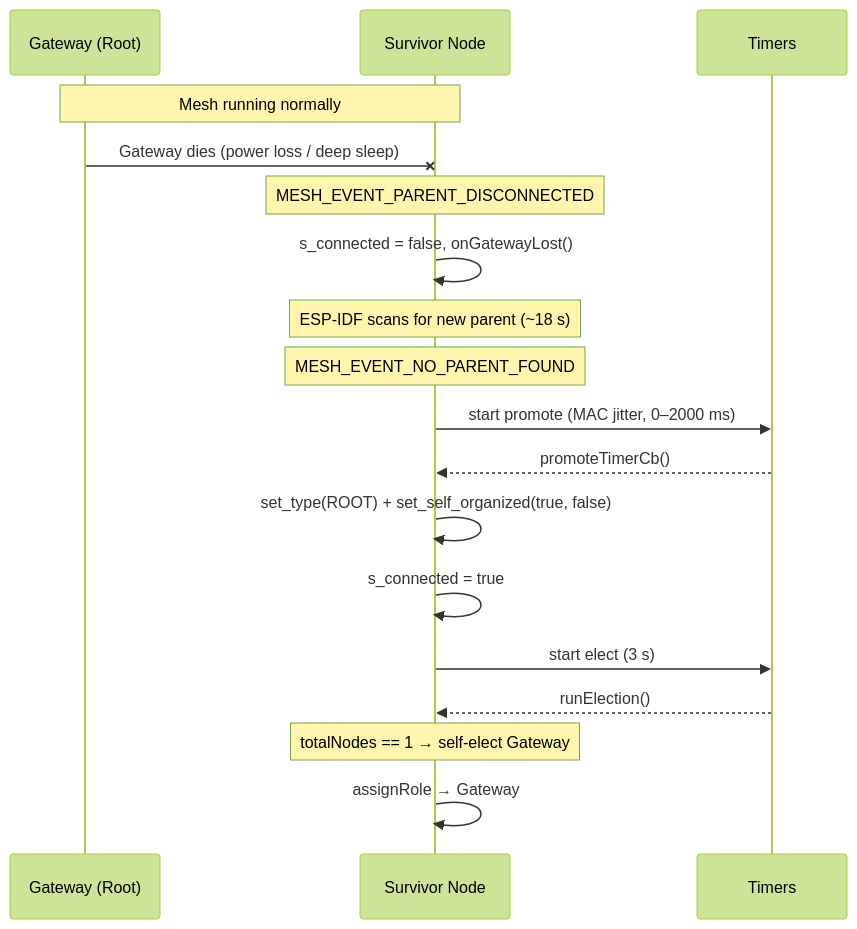
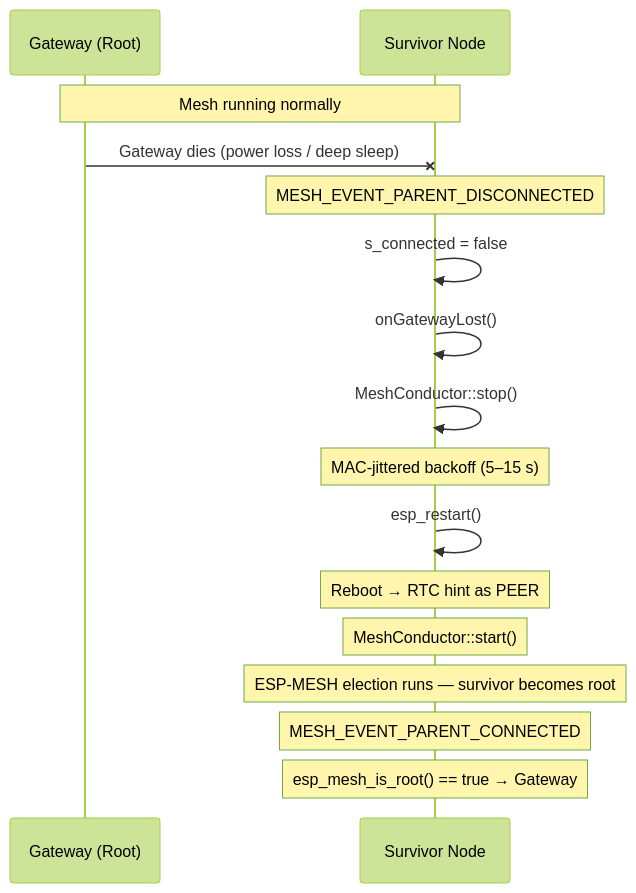
One commit to jlarnal/Squeek changed the fourth of 5 diagrams in FSD.md. Above: the diagram before and after it, drawn with Mermaid (forest theme). The commit also changed other lines of this file and 28 other files, not shown here.

````diff
--- a/FSD.md
+++ b/FSD.md
@@ -556,21 +576,19 @@
 ```mermaid
 sequenceDiagram
     participant G as Gateway (Root)
     participant S as Survivor Node
-    participant T as Timers
 
     Note over G,S: Mesh running normally
     G-xS: Gateway dies (power loss / deep sleep)
     Note over S: MESH_EVENT_PARENT_DISCONNECTED
-    S->>S: s_connected = false, onGatewayLost()
-    Note over S: ESP-IDF scans for new parent (~18 s)
-    Note over S: MESH_EVENT_NO_PARENT_FOUND
-    S->>T: start promote (MAC jitter, 0–2000 ms)
-    T-->>S: promoteTimerCb()
-    S->>S: set_type(ROOT) + set_self_organized(true, false)
-    S->>S: s_connected = true
-    S->>T: start elect (3 s)
-    T-->>S: runElection()
-    Note over S: totalNodes == 1 → self-elect Gateway
-    S->>S: assignRole → Gateway
+    S->>S: s_connected = false
+    S->>S: onGatewayLost()
+    S->>S: MeshConductor::stop()
+    Note over S: MAC-jittered backoff (5–15 s)
+    S->>S: esp_restart()
+    Note over S: Reboot → RTC hint as PEER
+    Note over S: MeshConductor::start()
+    Note over S: ESP-MESH election runs — survivor becomes root
+    Note over S: MESH_EVENT_PARENT_CONNECTED
+    Note over S: esp_mesh_is_root() == true → Gateway
 ```
````
